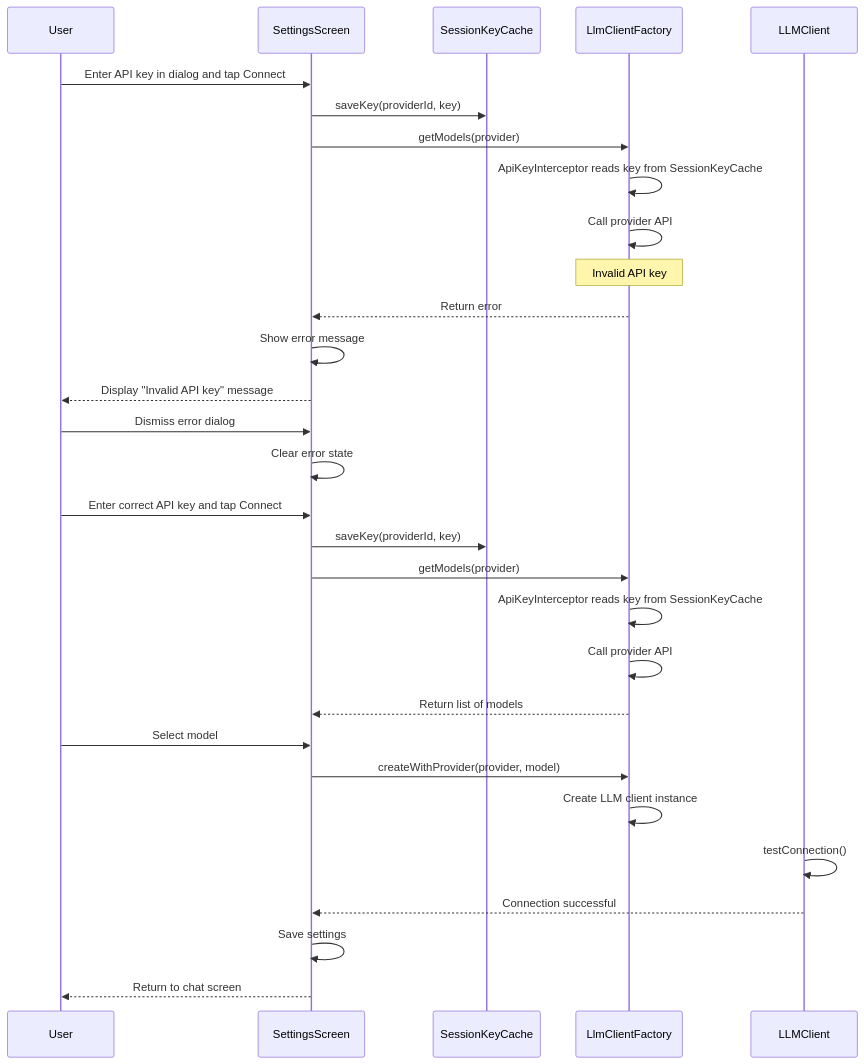
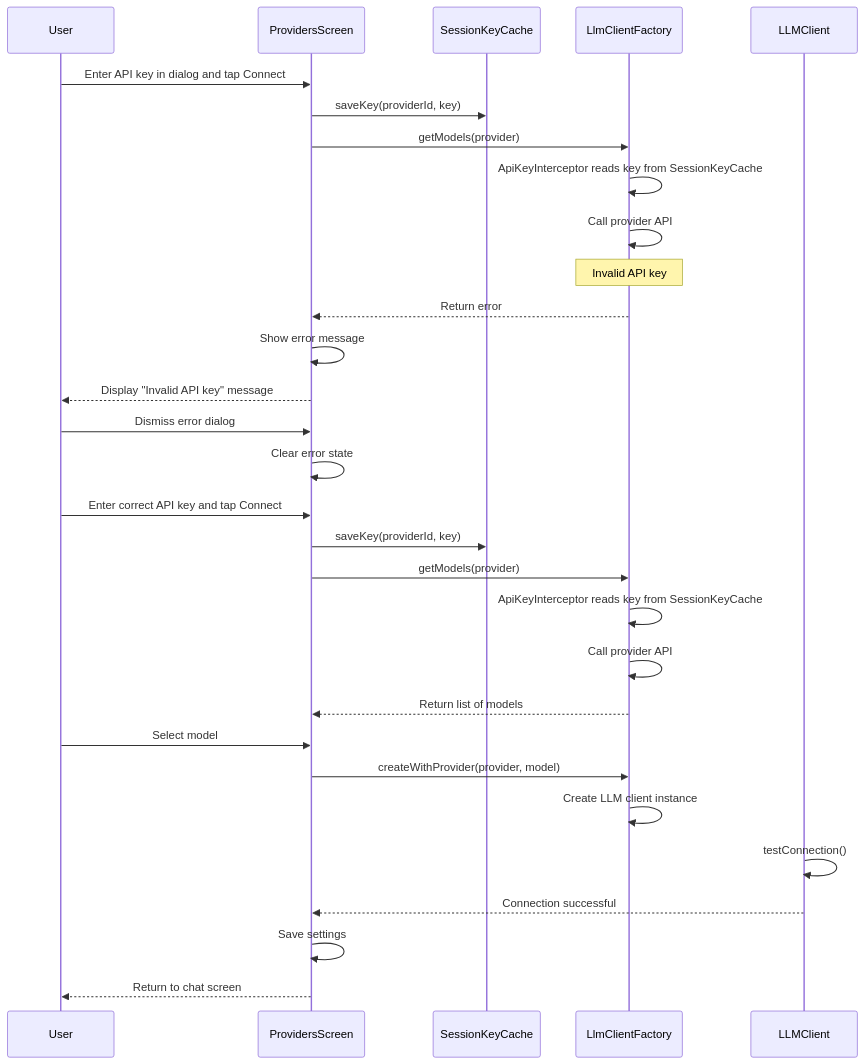
One commit to lehoang318/buddy changed the fifth of 11 diagrams in docs/seq_others.md. Above: the diagram before and after it, drawn with Mermaid. The commit also changed other lines of this file and 48 other files, not shown here.

````diff
--- a/docs/seq_others.md
+++ b/docs/seq_others.md
@@ -162,38 +162,38 @@
 ```mermaid
 sequenceDiagram
     participant User
-    participant SettingsScreen
+    participant ProvidersScreen
     participant SessionKeyCache
     participant LlmClientFactory
     participant LLMClient
 
-    User->>SettingsScreen: Enter API key in dialog and tap Connect
-    SettingsScreen->>SessionKeyCache: saveKey(providerId, key)
-    SettingsScreen->>LlmClientFactory: getModels(provider)
+    User->>ProvidersScreen: Enter API key in dialog and tap Connect
+    ProvidersScreen->>SessionKeyCache: saveKey(providerId, key)
+    ProvidersScreen->>LlmClientFactory: getModels(provider)
     LlmClientFactory->>LlmClientFactory: ApiKeyInterceptor reads key from SessionKeyCache
     LlmClientFactory->>LlmClientFactory: Call provider API
     Note over LlmClientFactory: Invalid API key
-    LlmClientFactory-->>SettingsScreen: Return error
+    LlmClientFactory-->>ProvidersScreen: Return error
 
-    SettingsScreen->>SettingsScreen: Show error message
-    SettingsScreen-->>User: Display "Invalid API key" message
+    ProvidersScreen->>ProvidersScreen: Show error message
+    ProvidersScreen-->>User: Display "Invalid API key" message
 
-    User->>SettingsScreen: Dismiss error dialog
-    SettingsScreen->>SettingsScreen: Clear error state
+    User->>ProvidersScreen: Dismiss error dialog
+    ProvidersScreen->>ProvidersScreen: Clear error state
 
-    User->>SettingsScreen: Enter correct API key and tap Connect
-    SettingsScreen->>SessionKeyCache: saveKey(providerId, key)
-    SettingsScreen->>LlmClientFactory: getModels(provider)
+    User->>ProvidersScreen: Enter correct API key and tap Connect
+    ProvidersScreen->>SessionKeyCache: saveKey(providerId, key)
+    ProvidersScreen->>LlmClientFactory: getModels(provider)
     LlmClientFactory->>LlmClientFactory: ApiKeyInterceptor reads key from SessionKeyCache
     LlmClientFactory->>LlmClientFactory: Call provider API
-    LlmClientFactory-->>SettingsScreen: Return list of models
+    LlmClientFactory-->>ProvidersScreen: Return list of models
 
-    User->>SettingsScreen: Select model
-    SettingsScreen->>LlmClientFactory: createWithProvider(provider, model)
+    User->>ProvidersScreen: Select model
+    ProvidersScreen->>LlmClientFactory: createWithProvider(provider, model)
     LlmClientFactory->>LlmClientFactory: Create LLM client instance
     LLMClient->>LLMClient: testConnection()
-    LLMClient-->>SettingsScreen: Connection successful
+    LLMClient-->>ProvidersScreen: Connection successful
 
-    SettingsScreen->>SettingsScreen: Save settings
-    SettingsScreen-->>User: Return to chat screen
+    ProvidersScreen->>ProvidersScreen: Save settings
+    ProvidersScreen-->>User: Return to chat screen
 ```
````
